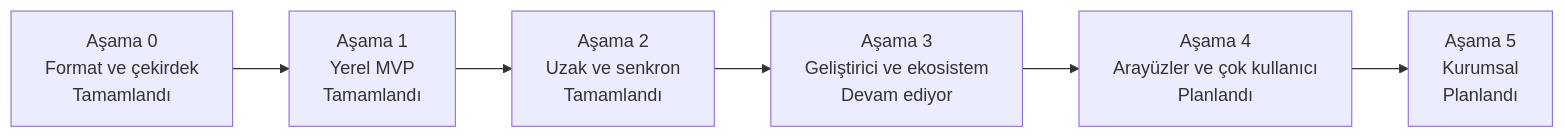
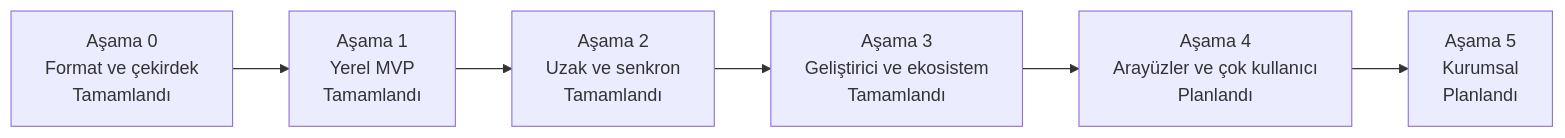
One commit to efe-clk/apeiron changed the diagram in docs/ROADMAP.tr.md. Above: the diagram before and after it, drawn with Mermaid. The commit also changed other lines of this file and 30 other files, not shown here.

````diff
--- a/docs/ROADMAP.tr.md
+++ b/docs/ROADMAP.tr.md
@@ -11,10 +11,10 @@
 ```mermaid
 flowchart LR
     S0["Aşama 0<br/>Format ve çekirdek<br/>Tamamlandı"]
     S1["Aşama 1<br/>Yerel MVP<br/>Tamamlandı"]
     S2["Aşama 2<br/>Uzak ve senkron<br/>Tamamlandı"]
-    S3["Aşama 3<br/>Geliştirici ve ekosistem<br/>Devam ediyor"]
+    S3["Aşama 3<br/>Geliştirici ve ekosistem<br/>Tamamlandı"]
     S4["Aşama 4<br/>Arayüzler ve çok kullanıcı<br/>Planlandı"]
     S5["Aşama 5<br/>Kurumsal<br/>Planlandı"]
     S0 --> S1 --> S2 --> S3 --> S4 --> S5
 ```
````
